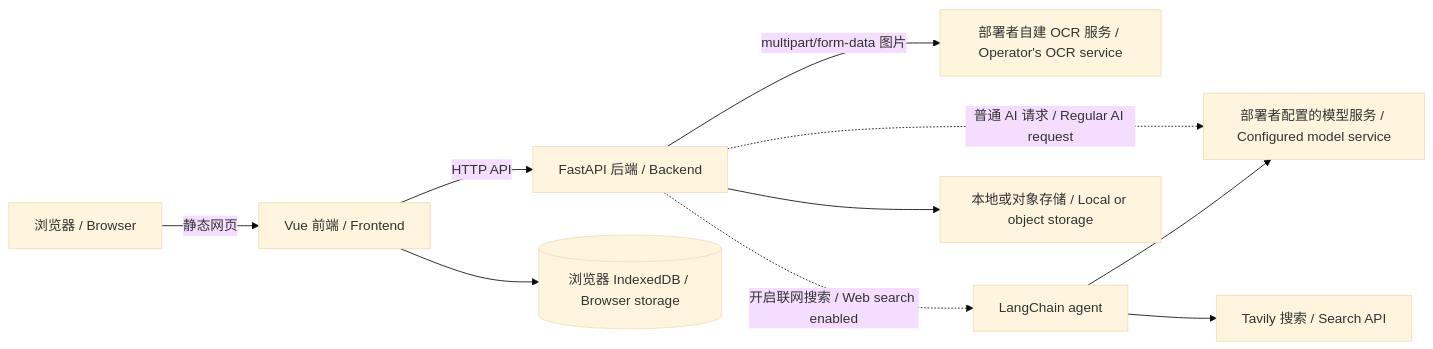
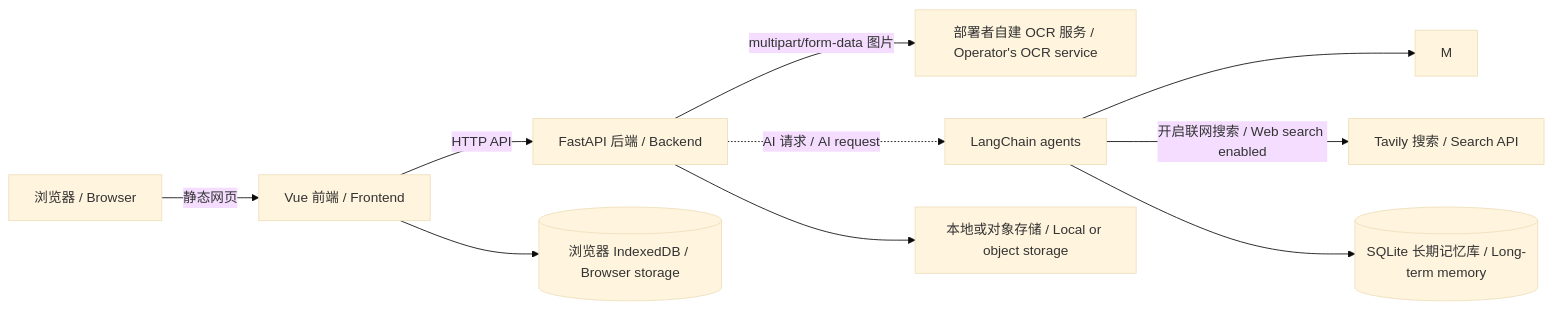
Before and after one commit to zhe-w12/DocuCraft: the diagram in docs/architecture.md, drawn with Mermaid (base theme). The commit also changed other lines of this file and 16 other files, not shown here.

Commit message:
实现双 Agent 写作流程与 SQLite 长期记忆

````diff
--- a/docs/architecture.md
+++ b/docs/architecture.md
@@ -22,12 +22,12 @@
 ```mermaid
 flowchart LR
     B[浏览器 / Browser] -->|静态网页| W[Vue 前端 / Frontend]
     W -->|HTTP API| A[FastAPI 后端 / Backend]
     A -->|multipart/form-data 图片| O[部署者自建 OCR 服务 / Operator's OCR service]
-    A -.->|普通 AI 请求 / Regular AI request| M[部署者配置的模型服务 / Configured model service]
-    A -.->|开启联网搜索 / Web search enabled| L[LangChain agent]
+    A -.->|AI 请求 / AI request| L[LangChain agents]
     L --> M
-    L --> T[Tavily 搜索 / Search API]
+    L -->|开启联网搜索 / Web search enabled| T[Tavily 搜索 / Search API]
+    L --> V[(SQLite 长期记忆库 / Long-term memory)]
     A --> S[本地或对象存储 / Local or object storage]
     W --> I[(浏览器 IndexedDB / Browser storage)]
 ```
````
